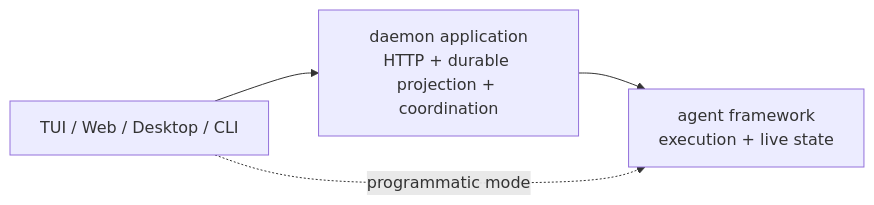
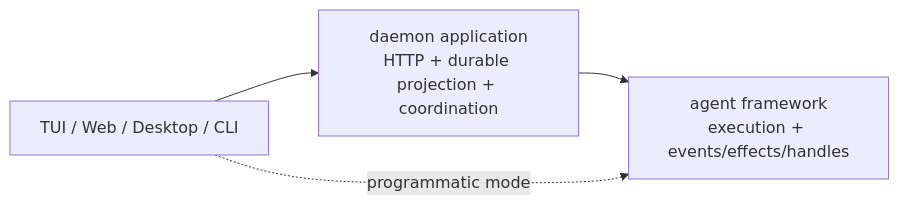
The diagram in docs/agent-framework-capability-boundary.md (rzx007/openharness-ts), drawn with Mermaid before and after one commit. The commit also changed other lines of this file and 9 other files, not shown here.

Commit message:
docs: publish agent events effects runtime architecture

````diff
--- a/docs/agent-framework-capability-boundary.md
+++ b/docs/agent-framework-capability-boundary.md
@@ -29,10 +13,10 @@
 ```mermaid
 flowchart LR
-  Framework["agent framework<br/>execution + live state"]
+  Framework["agent framework<br/>execution + events/effects/handles"]
   Daemon["daemon application<br/>HTTP + durable projection + coordination"]
   Surface["TUI / Web / Desktop / CLI"]
 
   Daemon --> Framework
   Surface --> Daemon
-  Surface -. "programmatic mode" .-> Framework
+  Surface -. programmatic mode .-> Framework
 ```
````
